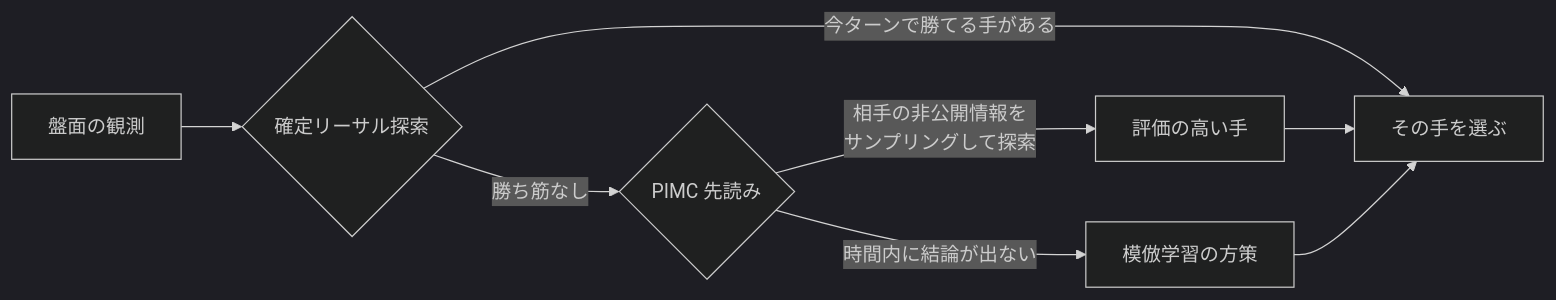
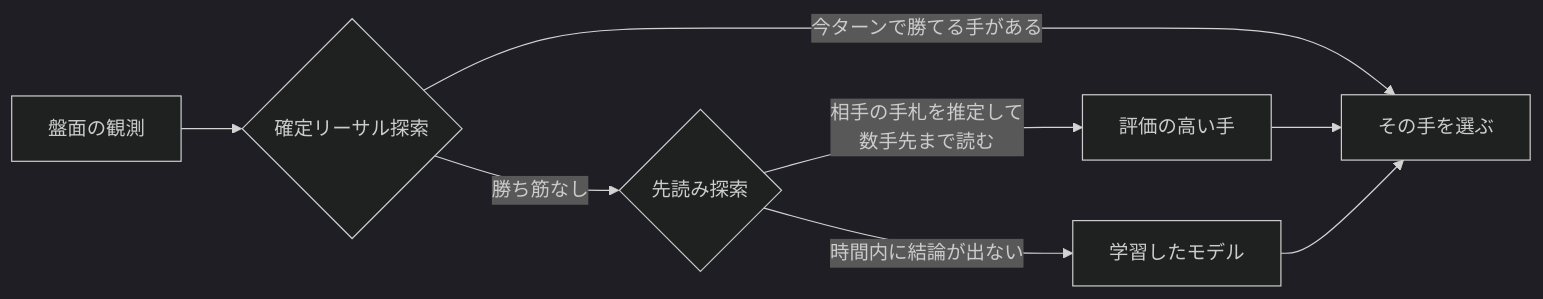
The first of 2 diagrams in README.md (pokemon-ai-challenge/pokemon-tcg-ai-battle), drawn with Mermaid (dark theme) before and after one commit. The commit also changed other lines of this file, not shown here.

````diff
--- a/README.md
+++ b/README.md
@@ -62,10 +68,10 @@
 ```mermaid
 flowchart LR
     A[盤面の観測] --> B{確定リーサル探索}
     B -->|今ターンで勝てる手がある| Z[その手を選ぶ]
-    B -->|勝ち筋なし| C{PIMC 先読み}
-    C -->|相手の非公開情報を<br/>サンプリングして探索| D[評価の高い手]
-    C -->|時間内に結論が出ない| E[模倣学習の方策]
+    B -->|勝ち筋なし| C{先読み探索}
+    C -->|相手の手札を推定して<br/>数手先まで読む| D[評価の高い手]
+    C -->|時間内に結論が出ない| E[学習したモデル]
     D --> Z
     E --> Z
 ```
````
